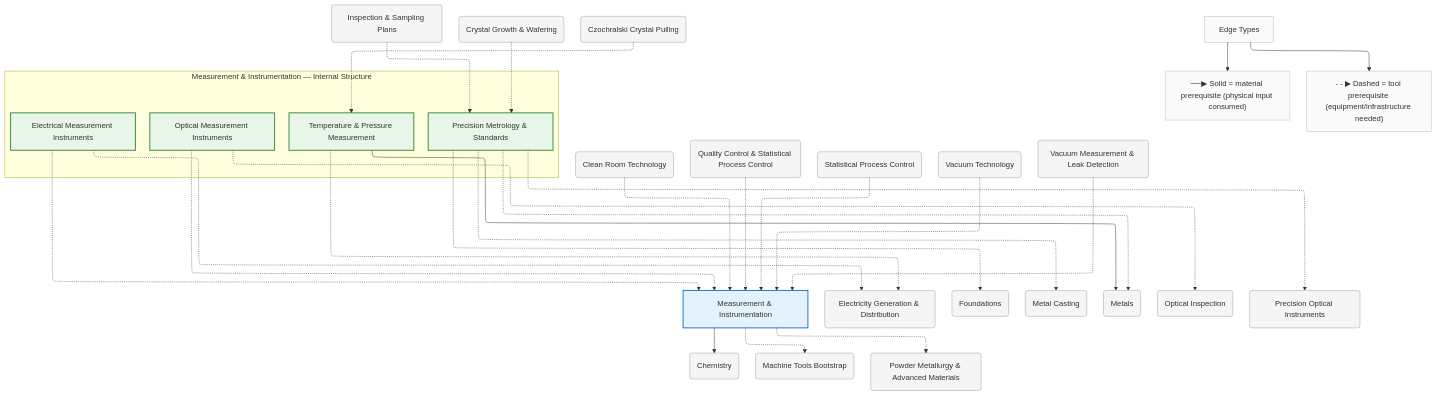
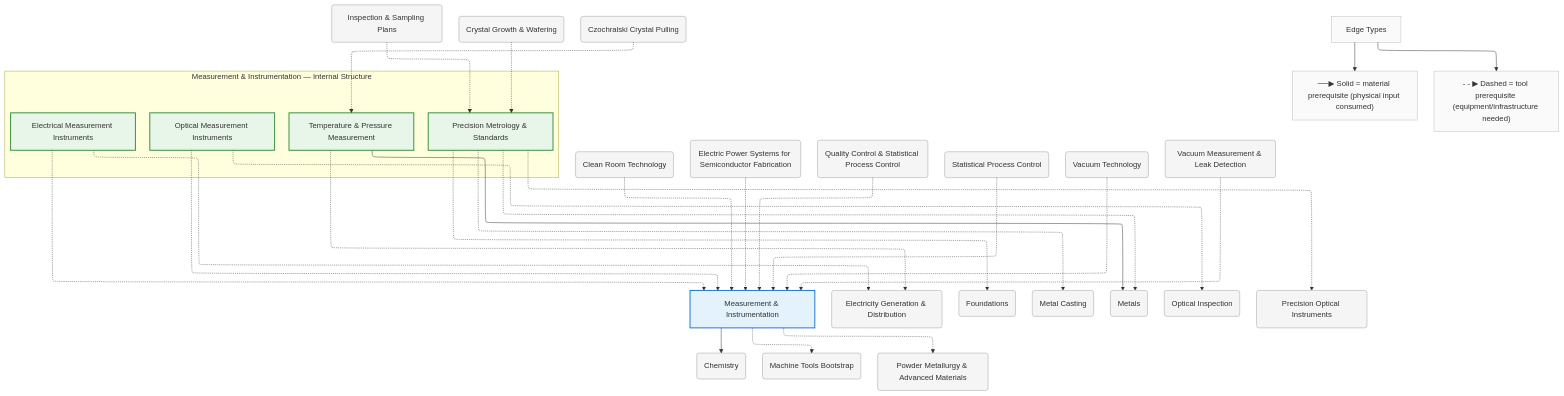
One commit to egofree/TechTree changed the diagram in diagrams/mermaid/measurement.mmd. Above: the diagram before and after it, drawn with Mermaid. The commit also changed 51 other files, not shown here.

```diff
--- a/diagrams/mermaid/measurement.mmd
+++ b/diagrams/mermaid/measurement.mmd
@@ -1,95 +1,98 @@
 %%{init: {"flowchart": {"defaultRenderer": "elk", "htmlLabels": true}}}%%
 graph TD
     %% Domain: Measurement & Instrumentation
 
     %% ==================== INTERNAL NODES ====================
     subgraph measurement_internal ["Measurement & Instrumentation — Internal Structure"]
         direction TB
         measurement_precision-metrology["Precision Metrology & Standards"]
         measurement_temperature-pressure["Temperature & Pressure Measurement"]
         measurement_electrical-instruments["Electrical Measurement Instruments"]
         measurement_optical-instruments["Optical Measurement Instruments"]
     end
 
     %% ==================== DOMAIN NODE ====================
     measurement["Measurement & Instrumentation"]
 
     %% ==================== EXTERNAL DEPENDENCIES ====================
     chemistry("Chemistry")
     cleanrooms("Clean Room Technology")
     energy_electricity("Electricity Generation & Distribution")
+    energy_electricity_power-systems("Electric Power Systems for Semiconductor Fabrication")
     foundations("Foundations")
     machine-tools("Machine Tools Bootstrap")
     machine-tools_casting("Metal Casting")
     metals("Metals")
     metals_powder-metallurgy("Powder Metallurgy & Advanced Materials")
     optics_inspection("Optical Inspection")
     optics_precision-instruments("Precision Optical Instruments")
     quality-control("Quality Control & Statistical Process Control")
     quality-control_inspection-sampling("Inspection & Sampling Plans")
     quality-control_spc("Statistical Process Control")
     silicon_crystal-growth("Crystal Growth & Wafering")
     silicon_crystal-growth_cz-pulling("Czochralski Crystal Pulling")
     vacuum("Vacuum Technology")
     vacuum_measurement("Vacuum Measurement & Leak Detection")
 
     %% ==================== EDGES ====================
     measurement_electrical-instruments -.-> measurement
     measurement_optical-instruments -.-> measurement
     measurement_precision-metrology -.-> machine-tools_casting
     measurement -.-> machine-tools
     measurement --> chemistry
     silicon_crystal-growth -.-> measurement_precision-metrology
     measurement_precision-metrology -.-> foundations
     measurement_precision-metrology -.-> metals
+    energy_electricity_power-systems -.-> measurement
     silicon_crystal-growth_cz-pulling -.-> measurement_temperature-pressure
     measurement_temperature-pressure -.-> energy_electricity
     measurement_temperature-pressure --> metals
     measurement -.-> metals_powder-metallurgy
     measurement_electrical-instruments -.-> energy_electricity
     measurement_optical-instruments -.-> optics_inspection
     measurement_precision-metrology -.-> optics_precision-instruments
     cleanrooms -.-> measurement
     quality-control -.-> measurement
     quality-control_spc -.-> measurement
     quality-control_inspection-sampling -.-> measurement_precision-metrology
     vacuum -.-> measurement
     vacuum_measurement -.-> measurement
 
     %% ==================== EDGE TYPE LEGEND ====================
     EdgeLegend["Edge Types"]
     EdgeLegend --> MatNote["──▶ Solid = material prerequisite (physical input consumed)"]
     EdgeLegend --> ToolNote["- - ▶ Dashed = tool prerequisite (equipment/infrastructure needed)"]
 
     %% ==================== STYLING ====================
     classDef domain fill:#e3f2fd,stroke:#1976d2,stroke-width:2px
     classDef capability fill:#e8f5e9,stroke:#388e3c,stroke-width:2px
     classDef process fill:#fff3e0,stroke:#f57c00,stroke-width:2px
     classDef critical fill:#fff3e0,stroke:#f57c00,stroke-width:3px
     classDef earlyWin fill:#e8f5e9,stroke:#388e3c,stroke-width:3px
     classDef pinnacle fill:#fce4ec,stroke:#c62828,stroke-width:3px
     classDef external fill:#f5f5f5,stroke:#9e9e9e,stroke-width:1px
     classDef legend fill:#fafafa,stroke:#bdbdbd,stroke-width:1px
     class measurement domain
     class measurement_precision-metrology capability
     class measurement_temperature-pressure capability
     class measurement_electrical-instruments capability
     class measurement_optical-instruments capability
     class chemistry external
     class cleanrooms external
     class energy_electricity external
+    class energy_electricity_power-systems external
     class foundations external
     class machine-tools external
     class machine-tools_casting external
     class metals external
     class metals_powder-metallurgy external
     class optics_inspection external
     class optics_precision-instruments external
     class quality-control external
     class quality-control_inspection-sampling external
     class quality-control_spc external
     class silicon_crystal-growth external
     class silicon_crystal-growth_cz-pulling external
     class vacuum external
     class vacuum_measurement external
     class EdgeLegend,MatNote,ToolNote legend
```
